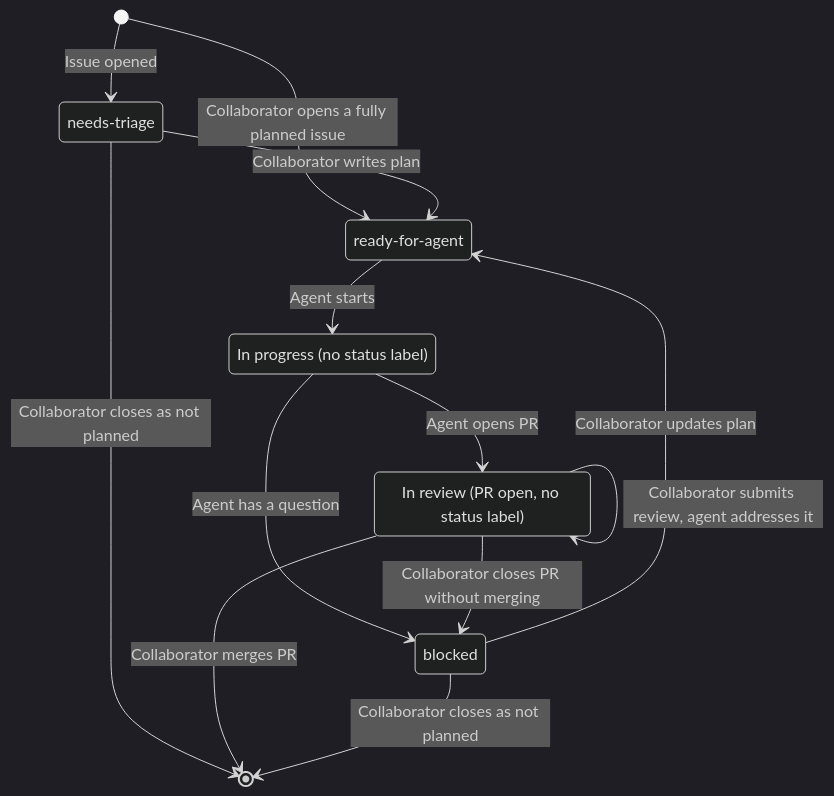
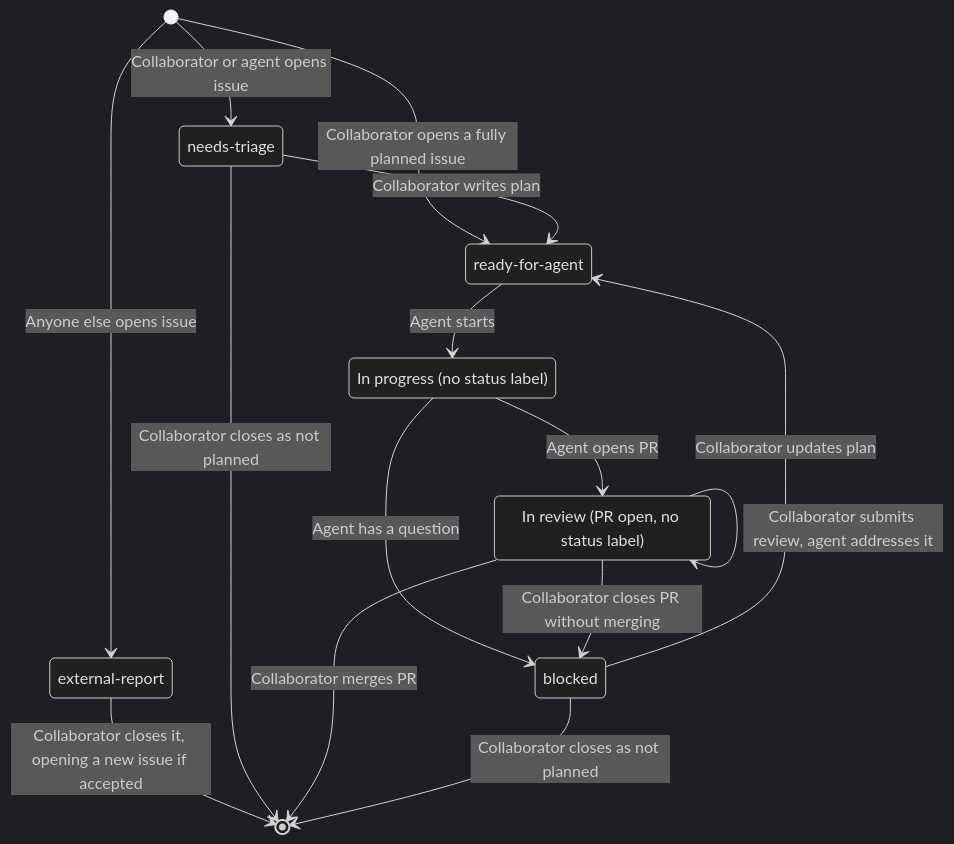
Before and after one commit to okorz001/flashcards: the diagram in docs/agent-workflow.md, drawn with Mermaid (dark theme). The commit also changed other lines of this file, not shown here.

Commit message:
Add external-report label for outsider issues

````diff
--- a/docs/agent-workflow.md
+++ b/docs/agent-workflow.md
@@ -48,21 +51,24 @@
 ```mermaid
 stateDiagram-v2
-    [*] --> NeedsTriage: Issue opened
+    [*] --> NeedsTriage: Collaborator or agent opens issue
+    [*] --> ExternalReport: Anyone else opens issue
+    ExternalReport --> [*]: Collaborator closes it, opening a new issue if accepted
     [*] --> ReadyForAgent: Collaborator opens a fully planned issue
     NeedsTriage --> ReadyForAgent: Collaborator writes plan
     NeedsTriage --> [*]: Collaborator closes as not planned
     ReadyForAgent --> InProgress: Agent starts
     InProgress --> Blocked: Agent has a question
     InProgress --> InReview: Agent opens PR
     InReview --> InReview: Collaborator submits review, agent addresses it
     InReview --> Blocked: Collaborator closes PR without merging
     InReview --> [*]: Collaborator merges PR
     Blocked --> ReadyForAgent: Collaborator updates plan
     Blocked --> [*]: Collaborator closes as not planned
 
     NeedsTriage: needs-triage
+    ExternalReport: external-report
     ReadyForAgent: ready-for-agent
     InProgress: In progress (no status label)
     Blocked: blocked
     InReview: In review (PR open, no status label)
 ```
````
